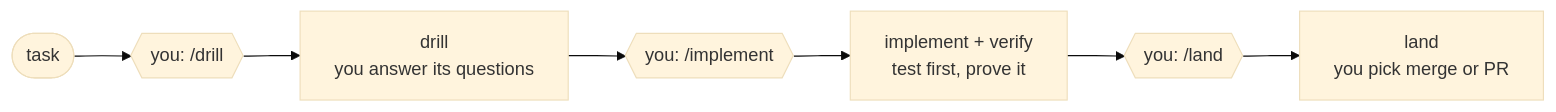
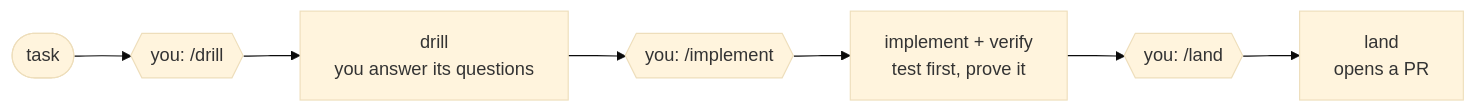
The first of 2 diagrams in README.md (pwguler/skills), drawn with Mermaid (base theme) before and after one commit. The commit also changed other lines of this file and 5 other files, not shown here.

First line of the commit message:
land: open a pull request by default; merge locally, keep, or discard only when the user asks

````diff
--- a/README.md
+++ b/README.md
@@ -57,9 +57,9 @@
 ```mermaid
 flowchart LR
     task([task]) --> y1{{"you: /drill"}}
     y1 --> drill["drill<br/>you answer its questions"]
     drill --> y2{{"you: /implement"}}
     y2 --> impl["implement + verify<br/>test first, prove it"]
     impl --> y3{{"you: /land"}}
-    y3 --> land["land<br/>you pick merge or PR"]
+    y3 --> land["land<br/>opens a PR"]
 ```
````
